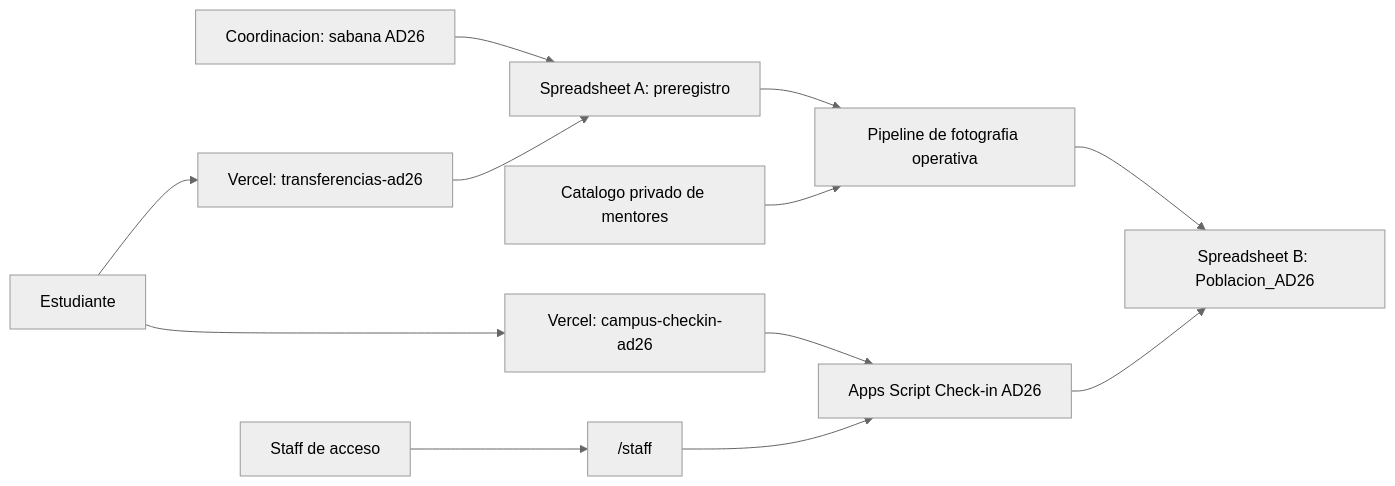
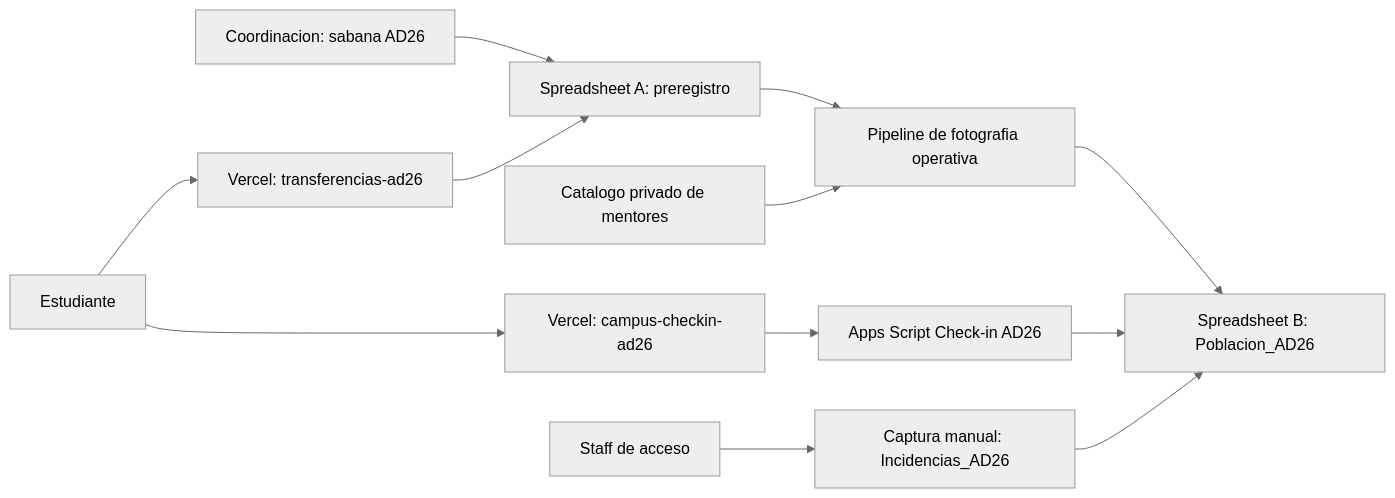
Before and after one commit to MentorIATec/campus-checkin: the diagram in ad26/ARQUITECTURA_INTEGRADA_TRANSFERENCIAS_AD26.md, drawn with Mermaid (neutral theme). The commit also changed other lines of this file and 30 other files, not shown here.

````diff
--- a/ad26/ARQUITECTURA_INTEGRADA_TRANSFERENCIAS_AD26.md
+++ b/ad26/ARQUITECTURA_INTEGRADA_TRANSFERENCIAS_AD26.md
@@ -39,14 +39,14 @@
 ```mermaid
 flowchart LR
   C["Coordinacion: sabana AD26"] --> A["Spreadsheet A: preregistro"]
   A --> P["Pipeline de fotografia operativa"]
   M["Catalogo privado de mentores"] --> P
   P --> B["Spreadsheet B: Poblacion_AD26"]
   U["Estudiante"] --> V1["Vercel: transferencias-ad26"]
   V1 --> A
   U --> V2["Vercel: campus-checkin-ad26"]
   V2 --> G["Apps Script Check-in AD26"]
   G --> B
-  S["Staff de acceso"] --> R["/staff"]
-  R --> G
+  S["Staff de acceso"] --> I["Captura manual: Incidencias_AD26"]
+  I --> B
 ```
````
